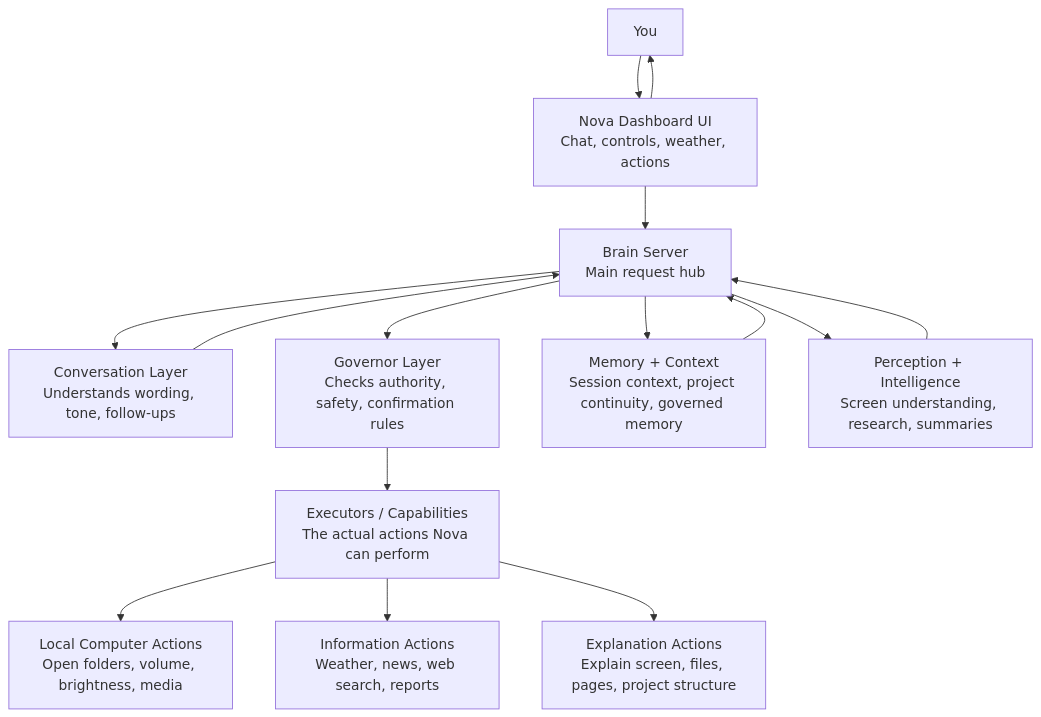
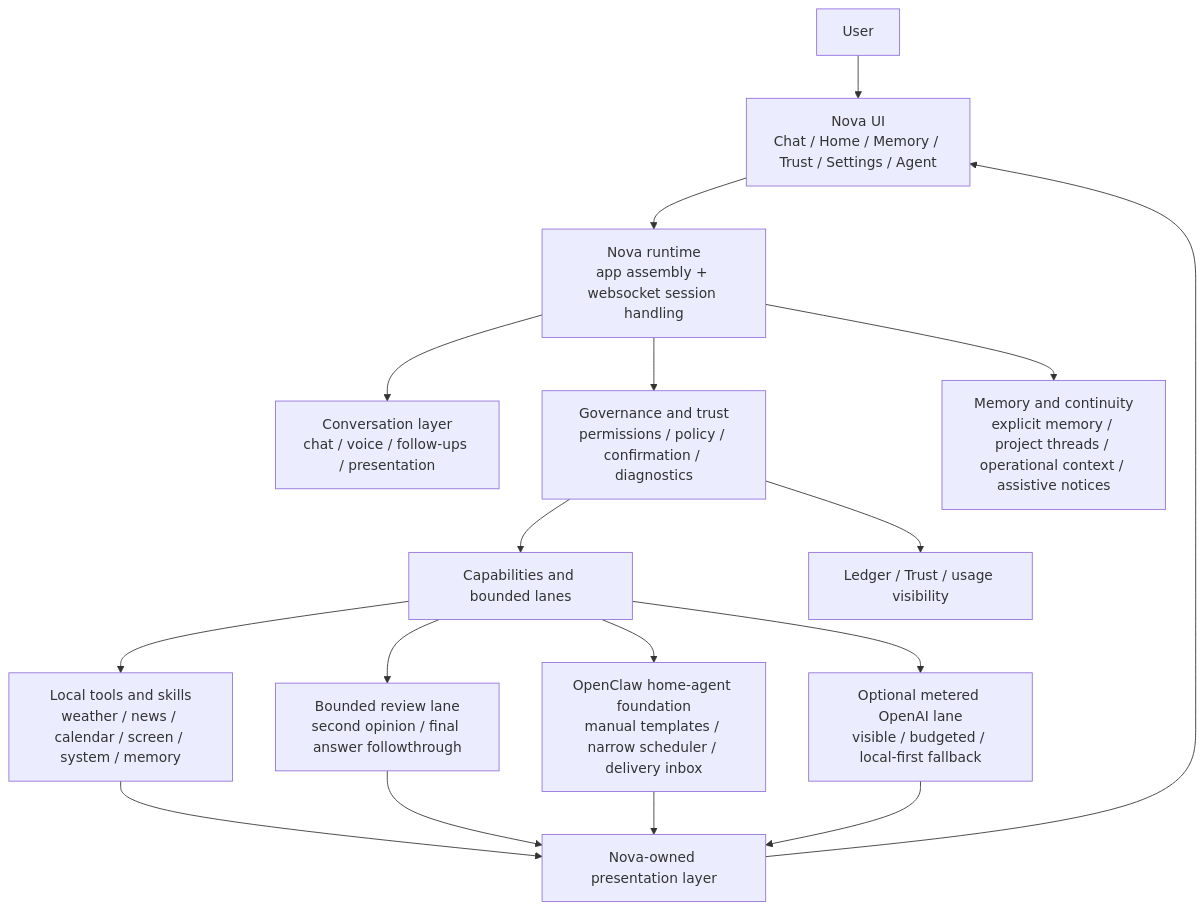
Before and after one commit to christopherbdaugherty96/NovaLIS: the first of 2 diagrams in docs/reference/HUMAN_GUIDES/21_VISUAL_ARCHITECTURE_MAP.md, drawn with Mermaid. The commit also changed other lines of this file and 4 other files, not shown here.

````diff
--- a/docs/reference/HUMAN_GUIDES/21_VISUAL_ARCHITECTURE_MAP.md
+++ b/docs/reference/HUMAN_GUIDES/21_VISUAL_ARCHITECTURE_MAP.md
@@ -26,20 +27,23 @@
 ```mermaid
 flowchart TD
-    U["You"] --> UI["Nova Dashboard UI<br/>Chat, controls, weather, actions"]
-    UI --> B["Brain Server<br/>Main request hub"]
-    B --> C["Conversation Layer<br/>Understands wording, tone, follow-ups"]
-    B --> G["Governor Layer<br/>Checks authority, safety, confirmation rules"]
-    B --> M["Memory + Context<br/>Session context, project continuity, governed memory"]
-    B --> P["Perception + Intelligence<br/>Screen understanding, research, summaries"]
+    U["User"] --> UI["Nova UI\nChat / Home / Memory / Trust / Settings / Agent"]
+    UI --> APP["Nova runtime\napp assembly + websocket session handling"]
 
-    G --> E["Executors / Capabilities<br/>The actual actions Nova can perform"]
+    APP --> CONV["Conversation layer\nchat / voice / follow-ups / presentation"]
+    APP --> GOV["Governance and trust\npermissions / policy / confirmation / diagnostics"]
+    APP --> MEM["Memory and continuity\nexplicit memory / project threads / operational context / assistive notices"]
 
-    E --> OS["Local Computer Actions<br/>Open folders, volume, brightness, media"]
-    E --> INFO["Information Actions<br/>Weather, news, web search, reports"]
-    E --> EXPLAIN["Explanation Actions<br/>Explain screen, files, pages, project structure"]
+    GOV --> CAPS["Capabilities and bounded lanes"]
+    CAPS --> LOCAL["Local tools and skills\nweather / news / calendar / screen / system / memory"]
+    CAPS --> REVIEW["Bounded review lane\nsecond opinion / final answer followthrough"]
+    CAPS --> OPENCLAW["OpenClaw home-agent foundation\nmanual templates / narrow scheduler / delivery inbox"]
+    CAPS --> OPENAI["Optional metered OpenAI lane\nvisible / budgeted / local-first fallback"]
 
-    M --> B
-    P --> B
-    C --> B
-    UI --> U
+    LOCAL --> PRESENT["Nova-owned presentation layer"]
+    REVIEW --> PRESENT
+    OPENCLAW --> PRESENT
+    OPENAI --> PRESENT
+
+    PRESENT --> UI
+    GOV --> LEDGER["Ledger / Trust / usage visibility"]
 ```
````
